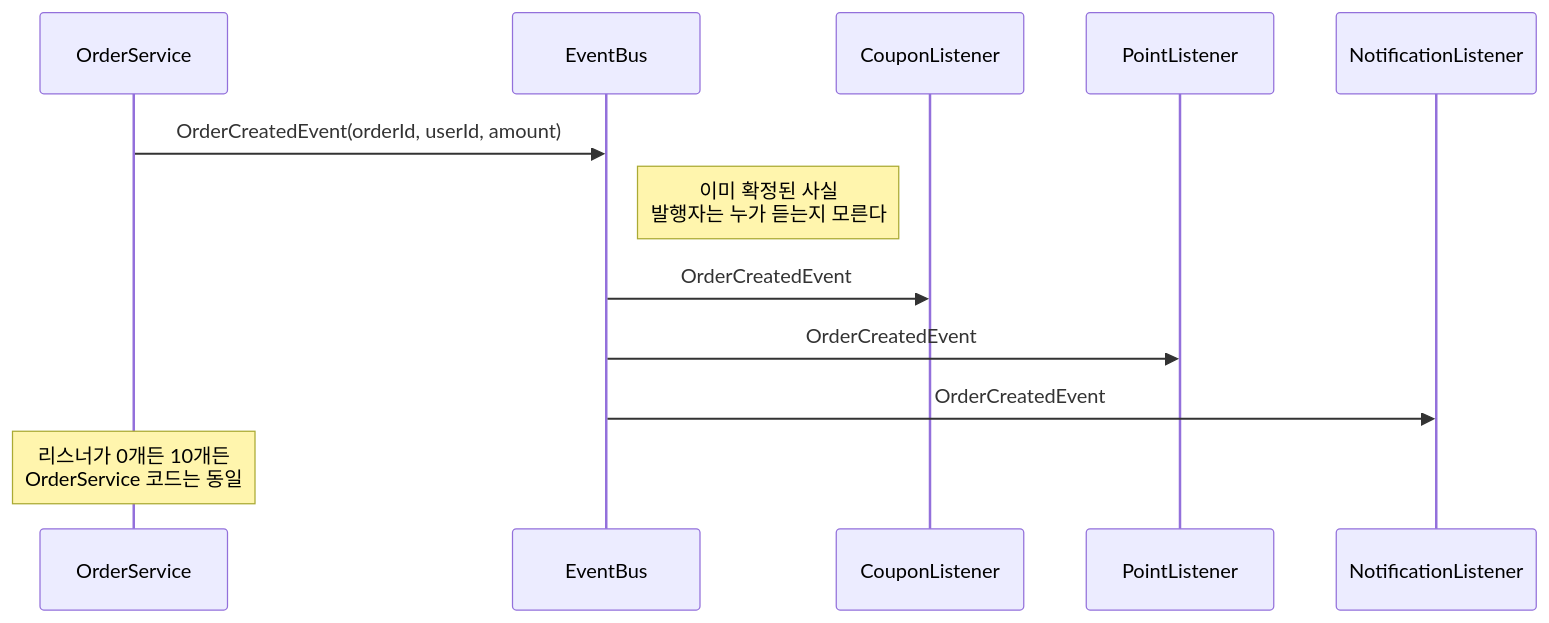
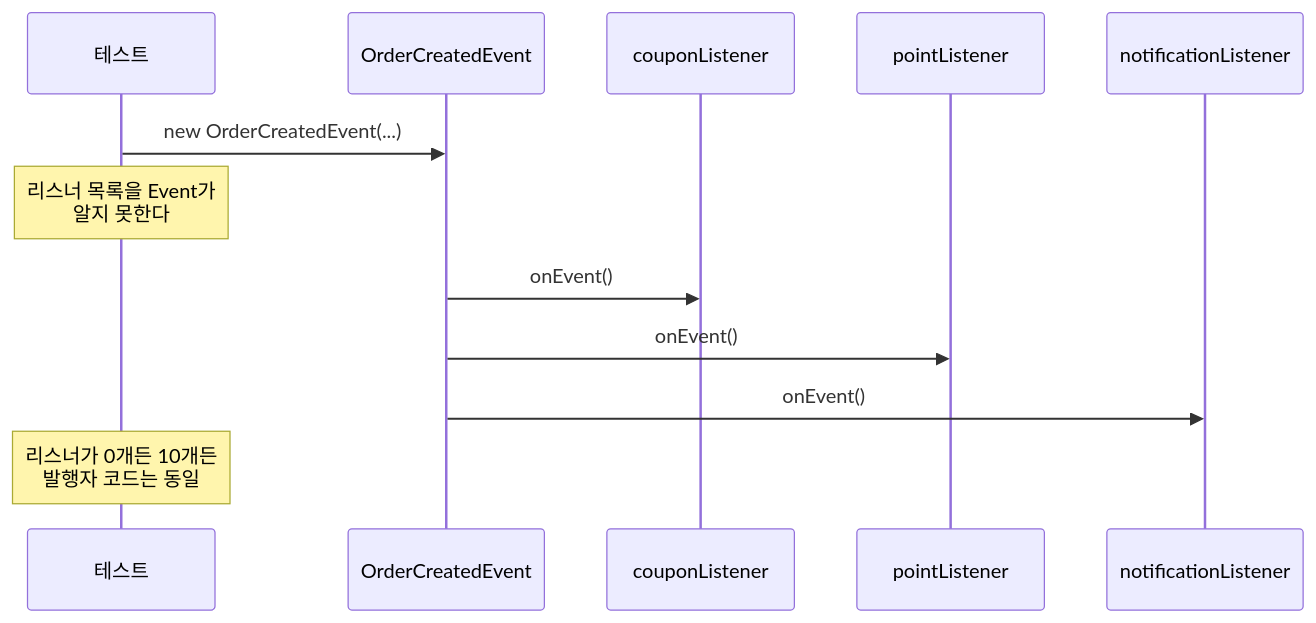
Before and after one commit to katiekim17/messaging-lab: the fourth of 7 diagrams in src/test/java/com/example/messaging/step0_command_vs_event/README.md, drawn with Mermaid. The commit also changed other lines of this file and 6 other files, not shown here.

````diff
--- a/src/test/java/com/example/messaging/step0_command_vs_event/README.md
+++ b/src/test/java/com/example/messaging/step0_command_vs_event/README.md
@@ -46,17 +61,17 @@
 ```mermaid
 sequenceDiagram
-    participant OrderService
-    participant EventBus
-    participant CouponListener
-    participant PointListener
-    participant NotificationListener
+    participant Test as 테스트
+    participant Evt as OrderCreatedEvent
+    participant L1 as couponListener
+    participant L2 as pointListener
+    participant L3 as notificationListener
 
-    OrderService->>EventBus: OrderCreatedEvent(orderId, userId, amount)
-    Note right of EventBus: 이미 확정된 사실<br/>발행자는 누가 듣는지 모른다
+    Test->>Evt: new OrderCreatedEvent(...)
+    Note over Test: 리스너 목록을 Event가<br/>알지 못한다
 
-    EventBus->>CouponListener: OrderCreatedEvent
-    EventBus->>PointListener: OrderCreatedEvent
-    EventBus->>NotificationListener: OrderCreatedEvent
+    Evt->>L1: onEvent()
+    Evt->>L2: onEvent()
+    Evt->>L3: onEvent()
 
-    Note over OrderService: 리스너가 0개든 10개든<br/>OrderService 코드는 동일
+    Note over Test: 리스너가 0개든 10개든<br/>발행자 코드는 동일
 ```
````
